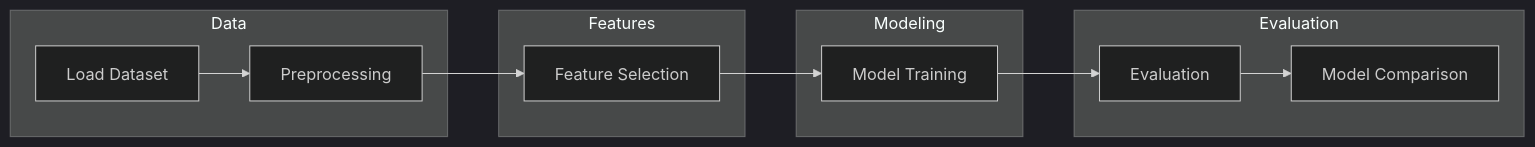
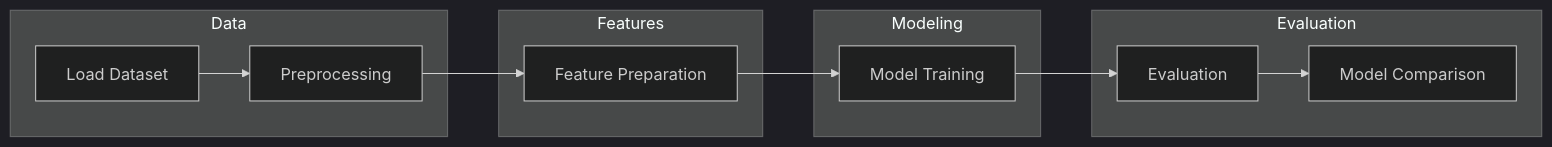
One commit to malehaICK/Forecasting-Dengue-Cases-by-using-Machine-Learning changed the first of 2 diagrams in README.md. Above: the diagram before and after it, drawn with Mermaid (dark theme). The commit also changed other lines of this file, not shown here.

First line of the commit message:
Remove README claims about feature selection that the notebook does not support

````diff
--- a/README.md
+++ b/README.md
@@ -17,22 +17,22 @@
 ```mermaid
 flowchart LR
     subgraph Data
         A[Load Dataset]
         B[Preprocessing]
     end
 
     subgraph Features
-        C[Feature Selection]
+        C[Feature Preparation]
     end
 
     subgraph Modeling
         D[Model Training]
     end
 
     subgraph Evaluation
         E[Evaluation]
         F[Model Comparison]
     end
 
     A --> B --> C --> D --> E --> F
 ```
````
